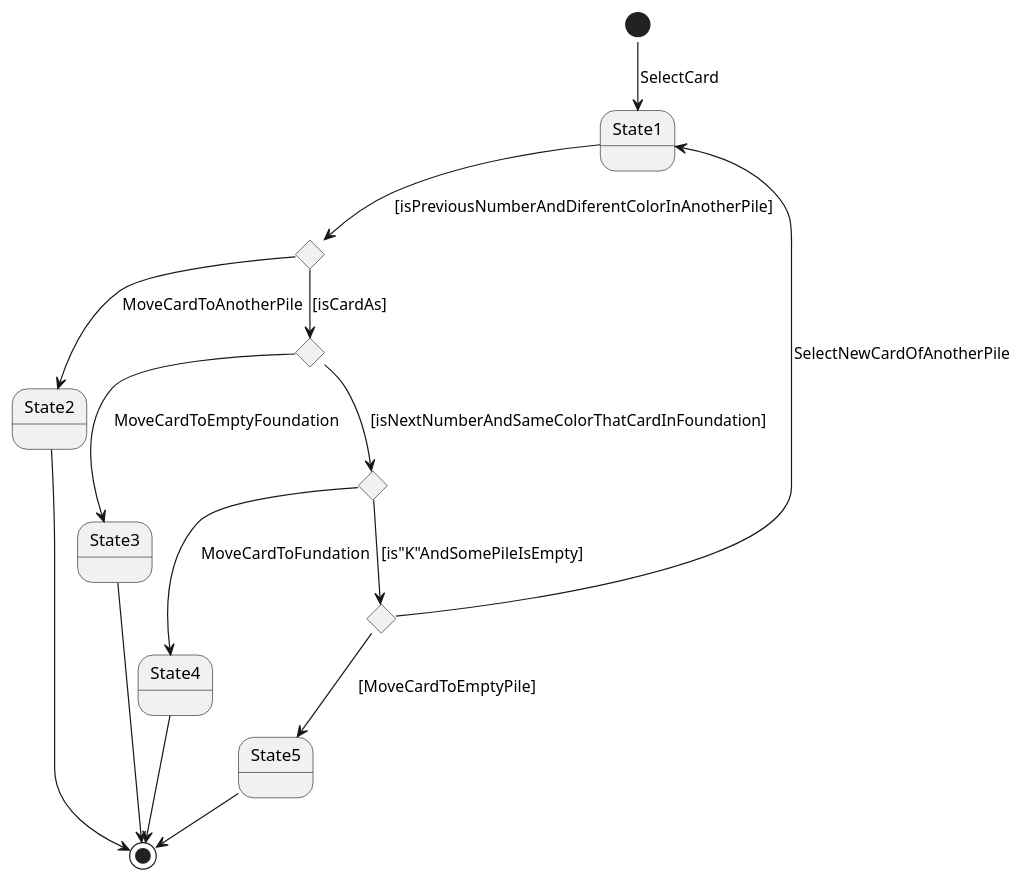
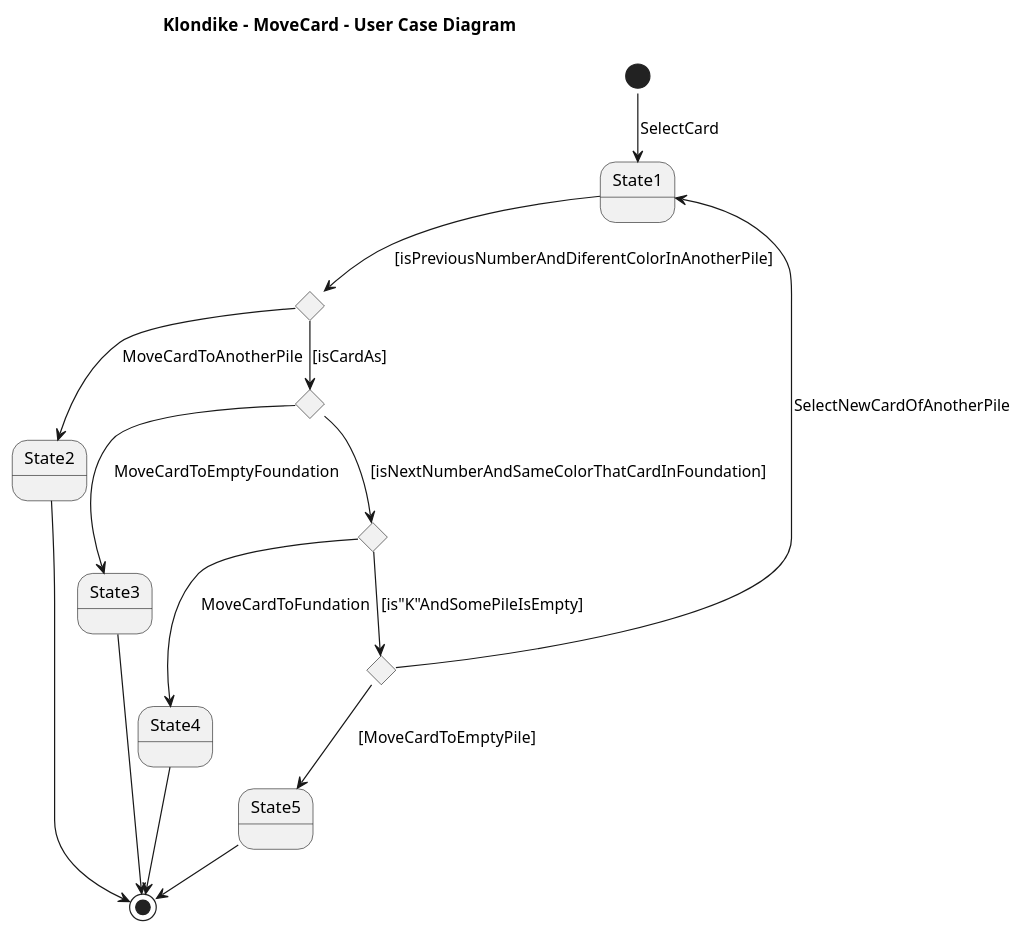
Before and after one commit to AngelOS95P/Maestria_IngSoftware_grupo6: the diagram in 2 Modelo de vistas de caso de uso/Diagrama de caso de Uso MoveCard.plantuml, drawn with PlantUML. The commit also changed 16 other files, not shown here.

```diff
--- a/2 Modelo de vistas de caso de uso/Diagrama de caso de Uso MoveCard.plantuml
+++ b/2 Modelo de vistas de caso de uso/Diagrama de caso de Uso MoveCard.plantuml
@@ -1,26 +1,30 @@
-@startuml UseCaseMoveCard 
+@startuml UCMoveCard
+title Klondike  - MoveCard - User Case Diagram
 !pragma layout smetana
+
 state State1
 state if <<choice>>
 state if2 <<choice>>
 state if3 <<choice>>
 state if4 <<choice>>
 state State2
 state State3
 state State4
 state State5
-[*] --> State1: SelectCard 
+
+[*] --> State1: SelectCard
 State1 --> if: [isPreviousNumberAndDiferentColorInAnotherPile]
 if --> if2: [isCardAs]
 if --> State2: MoveCardToAnotherPile
 if2 --> State3: MoveCardToEmptyFoundation
 if2 --> if3: [isNextNumberAndSameColorThatCardInFoundation]
 if3 -->State4: MoveCardToFundation
 if3 --> if4: [is"K"AndSomePileIsEmpty]
 if4 --> State5: [MoveCardToEmptyPile]
 if4 --> State1: SelectNewCardOfAnotherPile
 State3 -->[*]
 State2--> [*]
 State4 --> [*]
 State5 --> [*]
+
 @enduml
```
